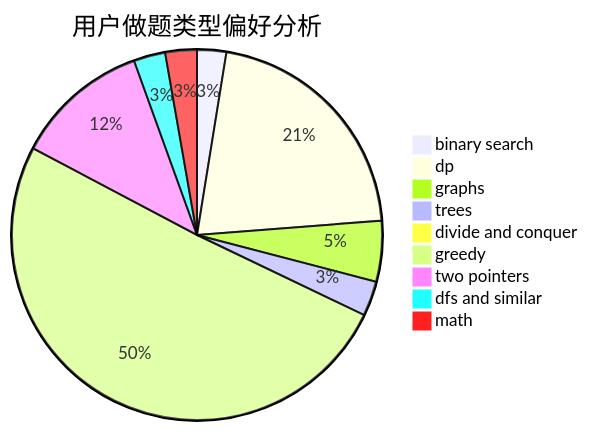
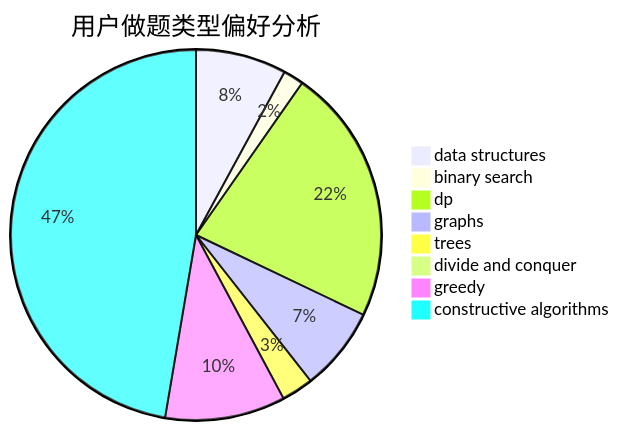
Before and after one commit to sherpahu/cfrs.github.io: the second of 3 diagrams in docs/user/u818.md, drawn with Mermaid. The commit also changed other lines of this file and 2775 other files, not shown here.

````diff
--- a/docs/user/u818.md
+++ b/docs/user/u818.md
@@ -23,12 +23,11 @@
 ```mermaid
 pie title 用户做题类型偏好分析
-    "binary search" :  36
-    "dp" :  300
-    "graphs" :  75
-    "trees" :  43
-    "divide and conquer" :  12
-    "greedy" :  716
-    "two pointers" :  166
-    "dfs and similar" :  39
-    "math" :  39
+    "data structures" :  40
+    "binary search" :  9
+    "dp" :  113
+    "graphs" :  37
+    "trees" :  14
+    "divide and conquer" :  1
+    "greedy" :  53
+    "constructive algorithms" :  239
 ```
````
